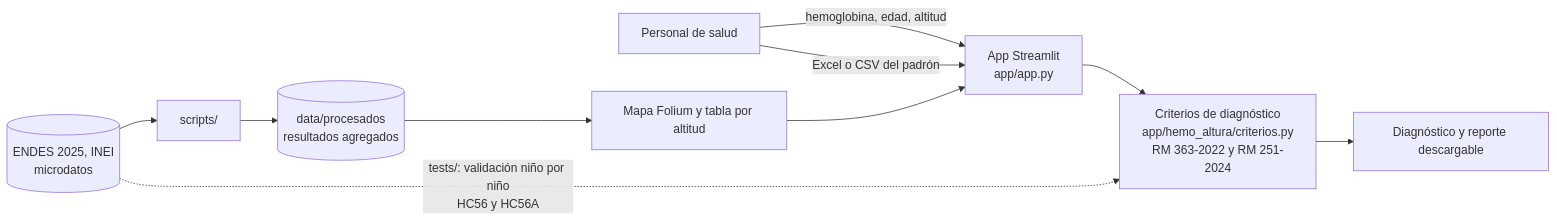
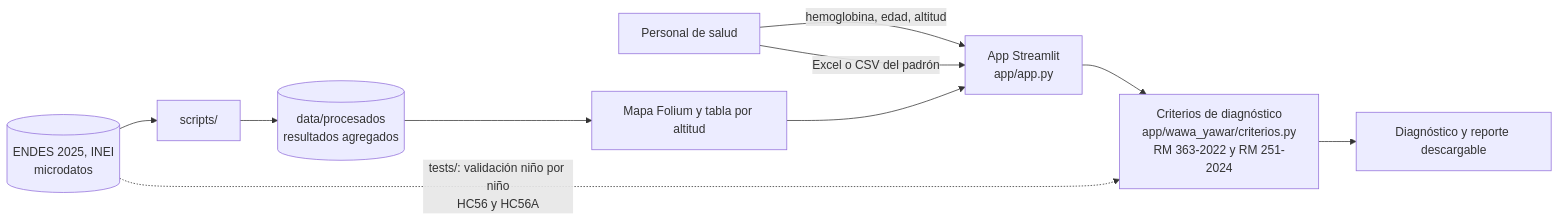
Before and after one commit to fampueroc/wawa-yawar: the diagram in docs/arquitectura.md, drawn with Mermaid. The commit also changed 11 other files, not shown here.

Commit message:
Cambia el nombre a Wawa Yawar (la sangre del niño, en quechua)

````diff
--- a/docs/arquitectura.md
+++ b/docs/arquitectura.md
@@ -3,12 +3,12 @@
 ```mermaid
 flowchart LR
     U[Personal de salud] -->|hemoglobina, edad, altitud| A[App Streamlit<br/>app/app.py]
     U -->|Excel o CSV del padrón| A
-    A --> C[Criterios de diagnóstico<br/>app/hemo_altura/criterios.py<br/>RM 363-2022 y RM 251-2024]
+    A --> C[Criterios de diagnóstico<br/>app/wawa_yawar/criterios.py<br/>RM 363-2022 y RM 251-2024]
     C --> R[Diagnóstico y reporte descargable]
     E[(ENDES 2025, INEI<br/>microdatos)] --> S[scripts/]
     S --> D[(data/procesados<br/>resultados agregados)]
     D --> M[Mapa Folium y tabla por altitud]
     M --> A
     E -.->|tests/: validación niño por niño<br/>HC56 y HC56A| C
 ```
````
